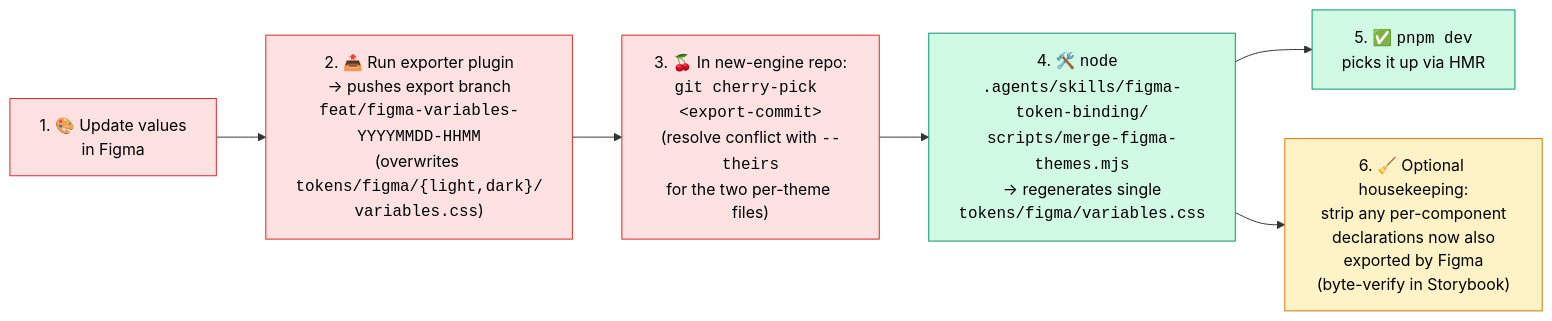
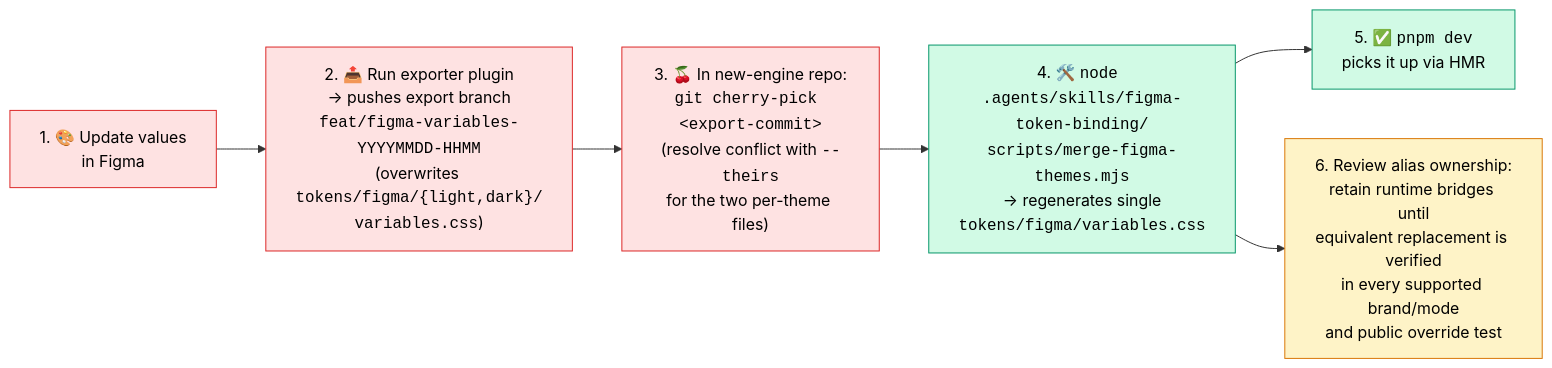
The third of 3 diagrams in libs/ui/THEME-FLOW.md (TechsioCZ/new-engine), drawn with Mermaid before and after one commit. The commit also changed other lines of this file and 367 other files, not shown here.

````diff
--- a/libs/ui/THEME-FLOW.md
+++ b/libs/ui/THEME-FLOW.md
@@ -150,15 +150,15 @@
 ```mermaid
 flowchart LR
     A["1. 🎨 Update values<br/>in Figma"] --> B["2. 📤 Run exporter plugin<br/>→ pushes export branch<br/><code>feat/figma-variables-YYYYMMDD-HHMM</code><br/>(overwrites <code>tokens/figma/{light,dark}/<br/>variables.css</code>)"]
     B --> C["3. 🍒 In new-engine repo:<br/><code>git cherry-pick &lt;export-commit&gt;</code><br/>(resolve conflict with <code>--theirs</code><br/>for the two per-theme files)"]
     C --> D["4. 🛠️ <code>node .agents/skills/figma-token-binding/<br/>scripts/merge-figma-themes.mjs</code><br/>→ regenerates single<br/><code>tokens/figma/variables.css</code>"]
     D --> E["5. ✅ <code>pnpm dev</code><br/>picks it up via HMR"]
-    D --> F["6. 🧹 Optional housekeeping:<br/>strip any per-component<br/>declarations now also<br/>exported by Figma<br/>(byte-verify in Storybook)"]
+    D --> F["6. Review alias ownership:<br/>retain runtime bridges until<br/>equivalent replacement is verified<br/>in every supported brand/mode<br/>and public override test"]
 
     classDef manual fill:#fee2e2,stroke:#dc2626,color:#000
     classDef auto fill:#d1fae5,stroke:#059669,color:#000
     classDef cleanup fill:#fef3c7,stroke:#d97706,color:#000
     class A,B,C manual
     class D,E auto
     class F cleanup
 ```
````
